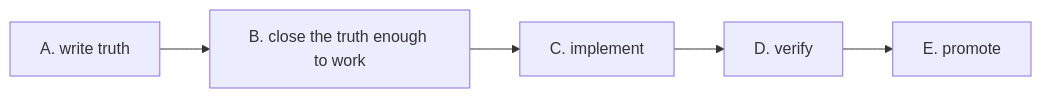
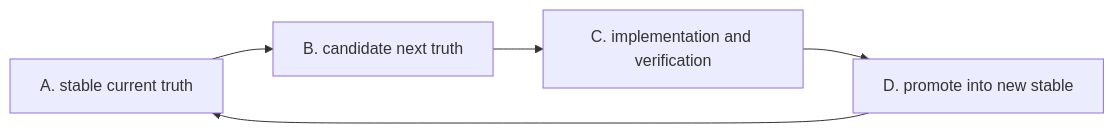
Before and after one commit to mfblog/specflow: the second of 4 diagrams in README.md, drawn with Mermaid. The commit also changed other lines of this file and 1 other file, not shown here.

````diff
--- a/README.md
+++ b/README.md
@@ -374,7 +184,7 @@
 ```mermaid
 flowchart LR
-    A["A. write truth"] --> B["B. close the truth enough to work"]
-    B --> C["C. implement"]
-    C --> D["D. verify"]
-    D --> E["E. promote"]
+    A["A. stable current truth"] --> B["B. candidate next truth"]
+    B --> C["C. implementation and verification"]
+    C --> D["D. promote into new stable"]
+    D --> A
 ```
````
